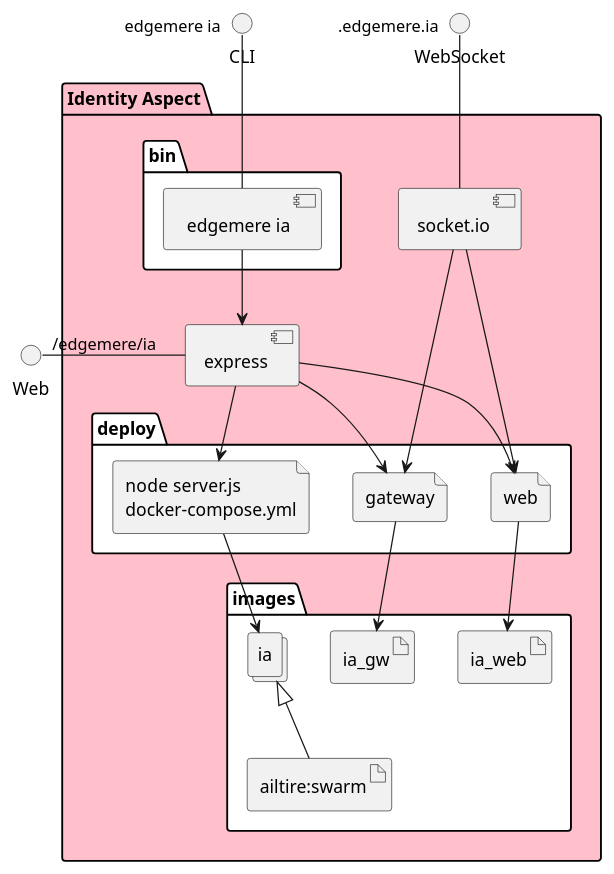
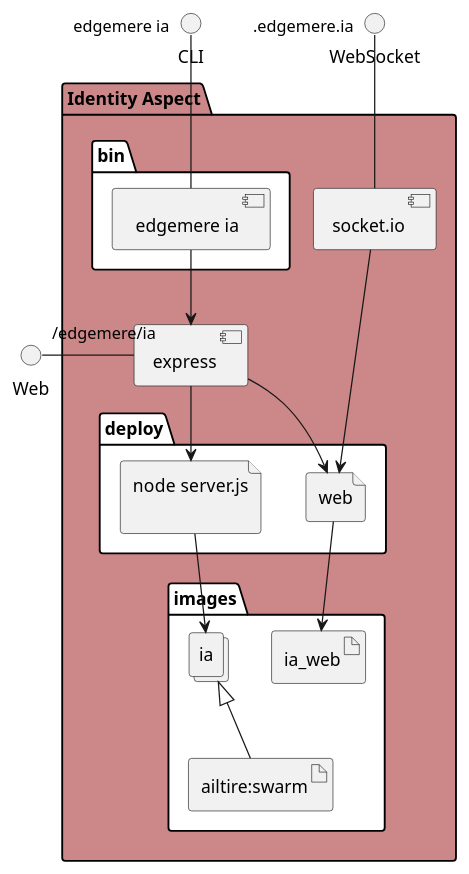
The diagram in docs/edgemere/ia/envs/prod/physical.puml (madajaju/edgemere), drawn with PlantUML before and after one commit. The commit also changed 1749 other files, not shown here.

```diff
--- a/docs/edgemere/ia/envs/prod/physical.puml
+++ b/docs/edgemere/ia/envs/prod/physical.puml
@@ -1,46 +1,39 @@
 @startuml
   interface CLI
   interface Web
   interface WebSocket
-package "Identity Aspect" #pink {
+package "Identity Aspect" #cc8888 {
   component express as REST
   component socket.io as socket
   folder bin #ffffff {
     component " edgemere ia" as binName
   }
   binName --> REST
 
   folder deploy #ffffff {
-      file "node server.js\ndocker-compose.yml" as ia_container
+      file "node server.js\n" as ia_container
       REST --> ia_container
 
   
     file "web" as web_container
     REST --> web_container
     socket ---> web_container
-  
-    file "gateway" as gateway_container
-    REST --> gateway_container
-    socket ---> gateway_container
   
   }
   folder images #ffffff {
     collections "ia" as iaimage
     artifact "ailtire:swarm" as ailtireswarm
     iaimage <|-- ailtireswarm
     ia_container --> iaimage
 
   
       artifact "ia_web" as ia_web
       web_container --> ia_web
     
-      artifact "ia_gw" as ia_gw
-      gateway_container --> ia_gw
-    
   }
 }
 CLI " edgemere ia" -- binName
 Web "/edgemere/ia" - REST
 WebSocket ".edgemere.ia" -- socket
 
 @enduml
```
